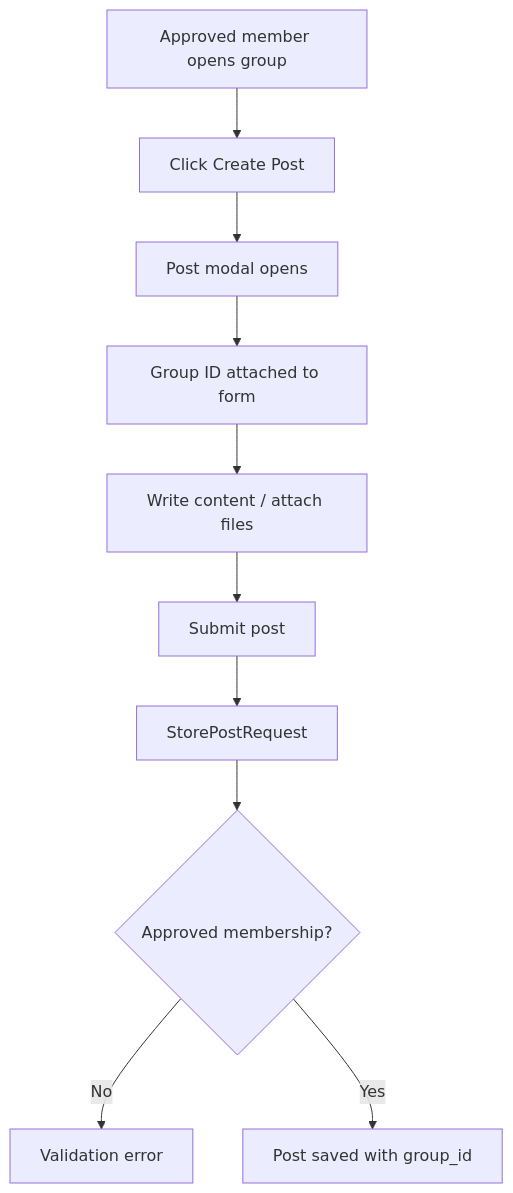
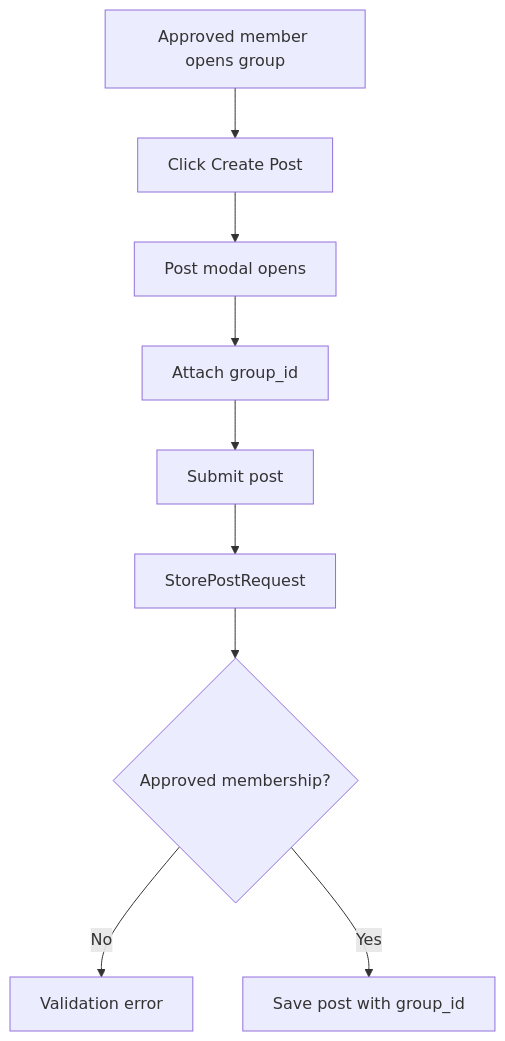
One commit to Paradox-Work/Poet-Web changed the third of 5 diagrams in docs/group-post-flow.md. Above: the diagram before and after it, drawn with Mermaid. The commit also changed other lines of this file and 2 other files, not shown here.

First line of the commit message:
docs: update post feed and moderation flows

````diff
--- a/docs/group-post-flow.md
+++ b/docs/group-post-flow.md
@@ -297,13 +185,11 @@
 ```mermaid
 flowchart TD
     A[Approved member opens group] --> B[Click Create Post]
     B --> C[Post modal opens]
-    C --> D[Group ID attached to form]
-    D --> E[Write content / attach files]
-    E --> F[Submit post]
-    F --> G[StorePostRequest]
-    G --> H{Approved membership?}
-
-    H -- No --> I[Validation error]
-    H -- Yes --> J[Post saved with group_id]
+    C --> D[Attach group_id]
+    D --> E[Submit post]
+    E --> F[StorePostRequest]
+    F --> G{Approved membership?}
+    G -- No --> H[Validation error]
+    G -- Yes --> I[Save post with group_id]
 ```
````
